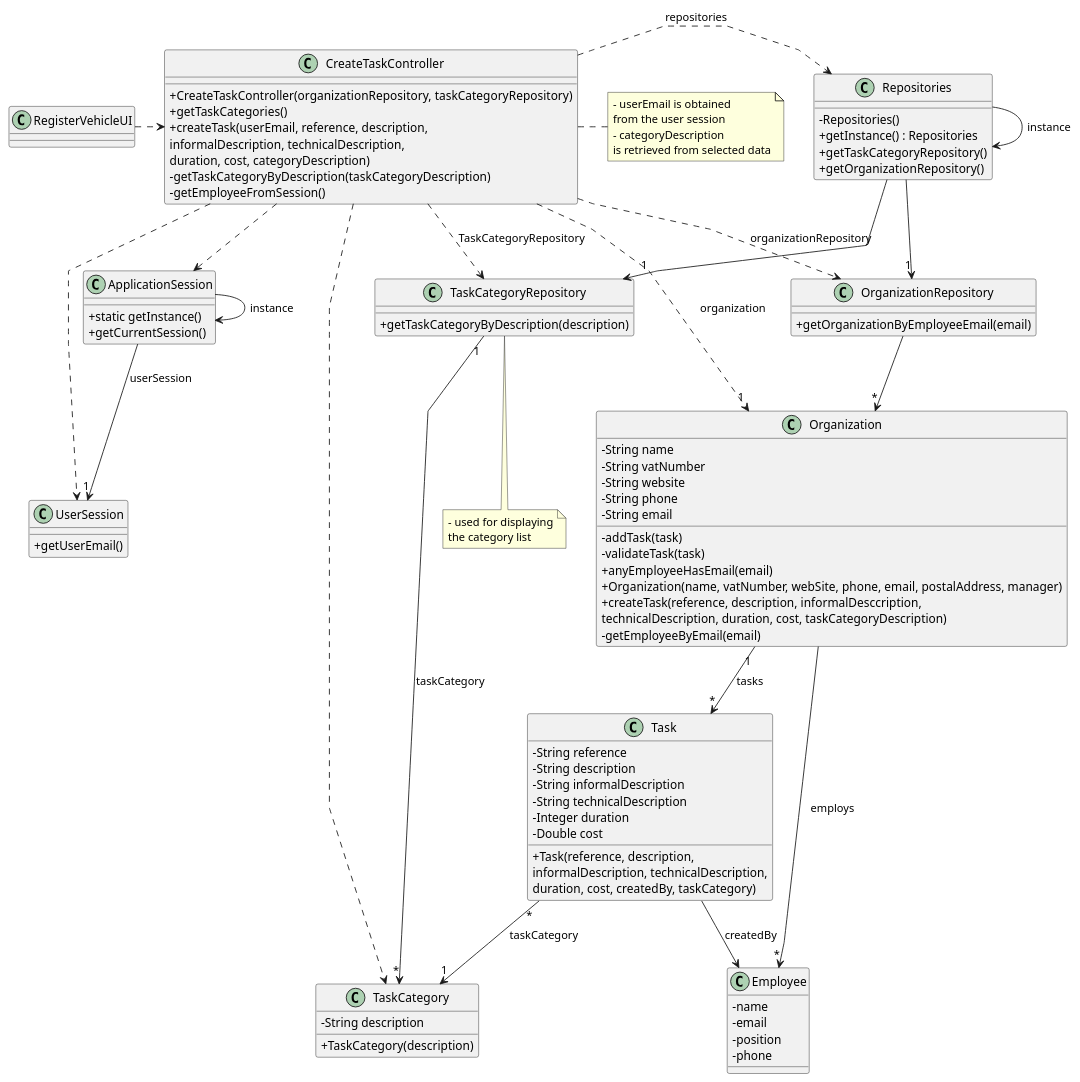
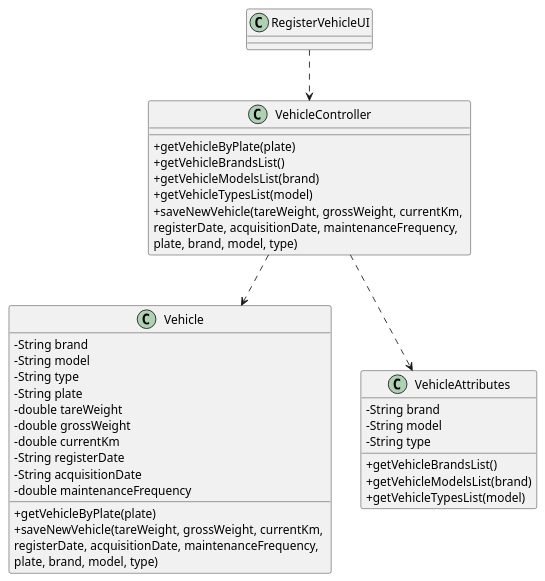
Before and after one commit to RicardoMorim/lapr2-ISEP-Project: the diagram in docs/sprintB/us006/03.design/puml/us006-class-diagram.puml, drawn with PlantUML. The commit also changed 15 other files, not shown here.

```diff
--- a/docs/sprintB/us006/03.design/puml/us006-class-diagram.puml
+++ b/docs/sprintB/us006/03.design/puml/us006-class-diagram.puml
@@ -1,130 +1,53 @@
 @startuml
 'skinparam monochrome true
 skinparam packageStyle rectangle
 skinparam shadowing false
 skinparam linetype polyline
 'skinparam linetype orto
 
 skinparam classAttributeIconSize 0
 
 'left to right direction
 
-class ApplicationSession
-{
-    + static getInstance()
-    + getCurrentSession()
-}
-
-class UserSession
-{
-    + getUserEmail()
-}
-
-class Employee {
-    - name
-    - email
-    - position
-    - phone
-}
-
-class Task {
-    - String reference
-    - String description
-    - String informalDescription
-    - String technicalDescription
-    - Integer duration
-    - Double cost
-
-    + Task(reference, description,\ninformalDescription, technicalDescription,\nduration, cost, createdBy, taskCategory)
-}
-
-class TaskCategory {
-    - String description
-
-    + TaskCategory(description)
-}
-
-class Organization {
-    - String name
-    - String vatNumber
-    - String website
-    - String phone
-    - String email
-
-    - addTask(task)
-    - validateTask(task)
-    + anyEmployeeHasEmail(email)
-    + Organization(name, vatNumber, webSite, phone, email, postalAddress, manager)
-    + createTask(reference, description, informalDesccription,\ntechnicalDescription, duration, cost, taskCategoryDescription)
-    - getEmployeeByEmail(email)
-
-'  +saveTask(task)
-}
-
-class TaskCategoryRepository {
-    + getTaskCategoryByDescription(description)
-}
-
-class OrganizationRepository {
-    + getOrganizationByEmployeeEmail(email)
-}
-
-class Repositories {
-    - Repositories()
-    + getInstance() : Repositories
-    + getTaskCategoryRepository()
-    + getOrganizationRepository()
-}
-
-class CreateTaskController {
-    + CreateTaskController(organizationRepository, taskCategoryRepository)
-    + getTaskCategories()
-    + createTask(userEmail, reference, description,\ninformalDescription, technicalDescription,\nduration, cost, categoryDescription)
-    - getTaskCategoryByDescription(taskCategoryDescription)
-    - getEmployeeFromSession()
-}
-
-note right of CreateTaskController
-    - userEmail is obtained
-    from the user session
-    - categoryDescription
-    is retrieved from selected data
-end note
-
-note bottom of TaskCategoryRepository
-    - used for displaying
-    the category list
-end note
-
 class RegisterVehicleUI {
 }
 
-Repositories -> Repositories : instance
-ApplicationSession -> ApplicationSession : instance
+class Vehicle {
+    - String brand
+    - String model
+    - String type
+    - String plate
+    - double tareWeight
+    - double grossWeight
+    - double currentKm
+    - String registerDate
+    - String acquisitionDate
+    - double maintenanceFrequency
 
-RegisterVehicleUI .> CreateTaskController
+    + getVehicleByPlate(plate)
+    + saveNewVehicle(tareWeight, grossWeight, currentKm, \nregisterDate, acquisitionDate, maintenanceFrequency, \nplate, brand, model, type)
+}
 
-CreateTaskController .> Repositories : repositories
+class VehicleAttributes {
+    - String brand
+    - String model
+    - String type
 
-Repositories -> "1" TaskCategoryRepository
+    + getVehicleBrandsList()
+    + getVehicleModelsList(brand)
+    + getVehicleTypesList(model)
+}
 
-CreateTaskController ..> TaskCategory
-CreateTaskController ..> OrganizationRepository : organizationRepository
-CreateTaskController ..> TaskCategoryRepository : TaskCategoryRepository
+class VehicleController {
+    + getVehicleByPlate(plate)
+    + getVehicleBrandsList()
+    + getVehicleModelsList(brand)
+    + getVehicleTypesList(model)
+    + saveNewVehicle(tareWeight, grossWeight, currentKm, \nregisterDate, acquisitionDate, maintenanceFrequency, \nplate, brand, model, type)
+}
+RegisterVehicleUI ..> VehicleController
+VehicleController ..> Vehicle
+VehicleController ..> VehicleAttributes
 
-Repositories --> "1" OrganizationRepository
-
-OrganizationRepository --> "*" Organization
-ApplicationSession --> "1" UserSession : userSession
-
-CreateTaskController ..> "1" Organization : organization
-CreateTaskController ..> ApplicationSession
-CreateTaskController ..> UserSession
-Task "*" --> "1" TaskCategory : taskCategory
-TaskCategoryRepository "1" --> "*" TaskCategory : taskCategory
-Organization "1" --> "*" Task : tasks
-Task --> Employee : createdBy
-
-Organization --> "*" Employee : employs
 
 @enduml
```
